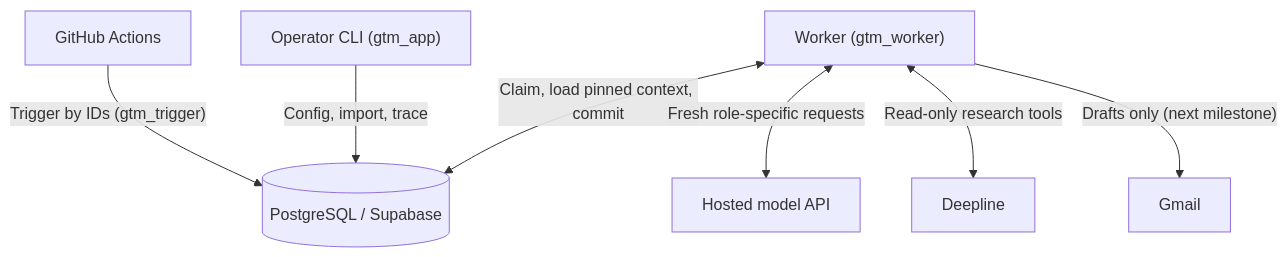
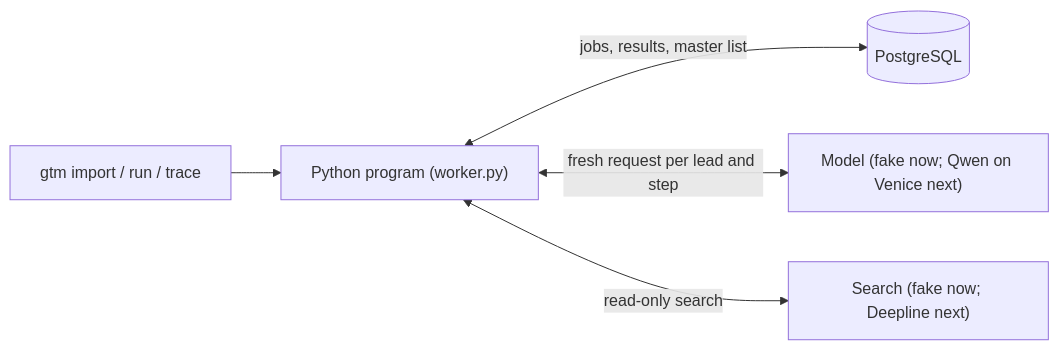
The diagram in docs/architecture.md (GSANC10/real-estate-gtm-engine), drawn with Mermaid before and after one commit. The commit also changed other lines of this file and 40 other files, not shown here.

````diff
--- a/docs/architecture.md
+++ b/docs/architecture.md
@@ -15,9 +5,7 @@
 ```mermaid
-flowchart TD
-    GH["GitHub Actions"] -->|"Trigger by IDs (gtm_trigger)"| DB[("PostgreSQL / Supabase")]
-    OP["Operator CLI (gtm_app)"] -->|"Config, import, trace"| DB
-    VM["Worker (gtm_worker)"] <-->|"Claim, load pinned context, commit"| DB
-    VM <-->|"Fresh role-specific requests"| AI["Hosted model API"]
-    VM <-->|"Read-only research tools"| DL["Deepline"]
-    VM -->|"Drafts only (next milestone)"| GM["Gmail"]
+flowchart LR
+    CLI["gtm import / run / trace"] --> P["Python program (worker.py)"]
+    P <-->|"jobs, results, master list"| DB[("PostgreSQL")]
+    P <-->|"fresh request per lead and step"| AI["Model (fake now; Qwen on Venice next)"]
+    P <-->|"read-only search"| SR["Search (fake now; Deepline next)"]
 ```
````
